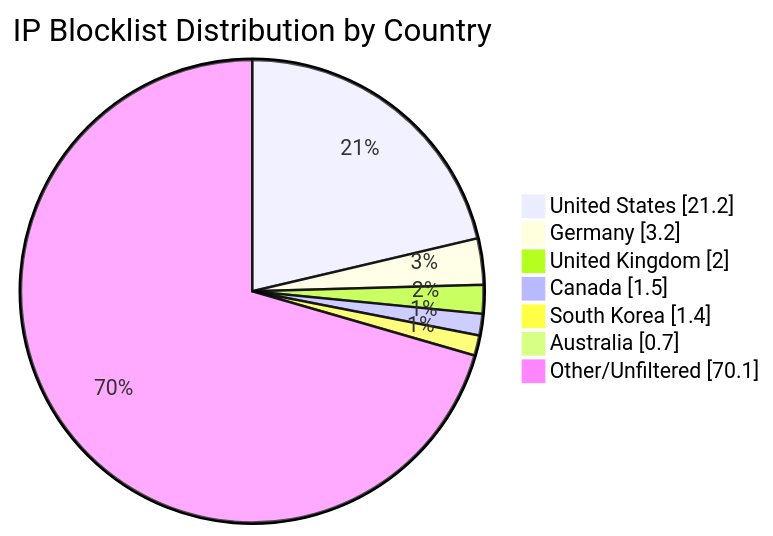
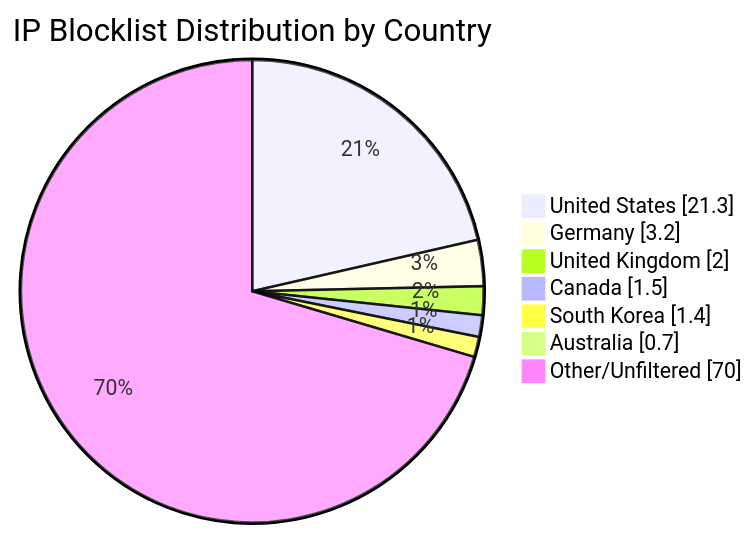
Before and after one commit to MarcusHoltz/ipblocklist-geofiltered-aggregator: the diagram in README.md, drawn with Mermaid. The commit also changed other lines of this file and 9 other files, not shown here.

````diff
--- a/README.md
+++ b/README.md
@@ -34,10 +34,10 @@
 ```mermaid
 pie showData title IP Blocklist Distribution by Country
-"United States" : 21.2
+"United States" : 21.3
 "Germany" : 3.2
 "United Kingdom" : 2.0
 "Canada" : 1.5
 "South Korea" : 1.4
 "Australia" : 0.7
-"Other/Unfiltered" : 70.1
+"Other/Unfiltered" : 70.0
 ```
````
